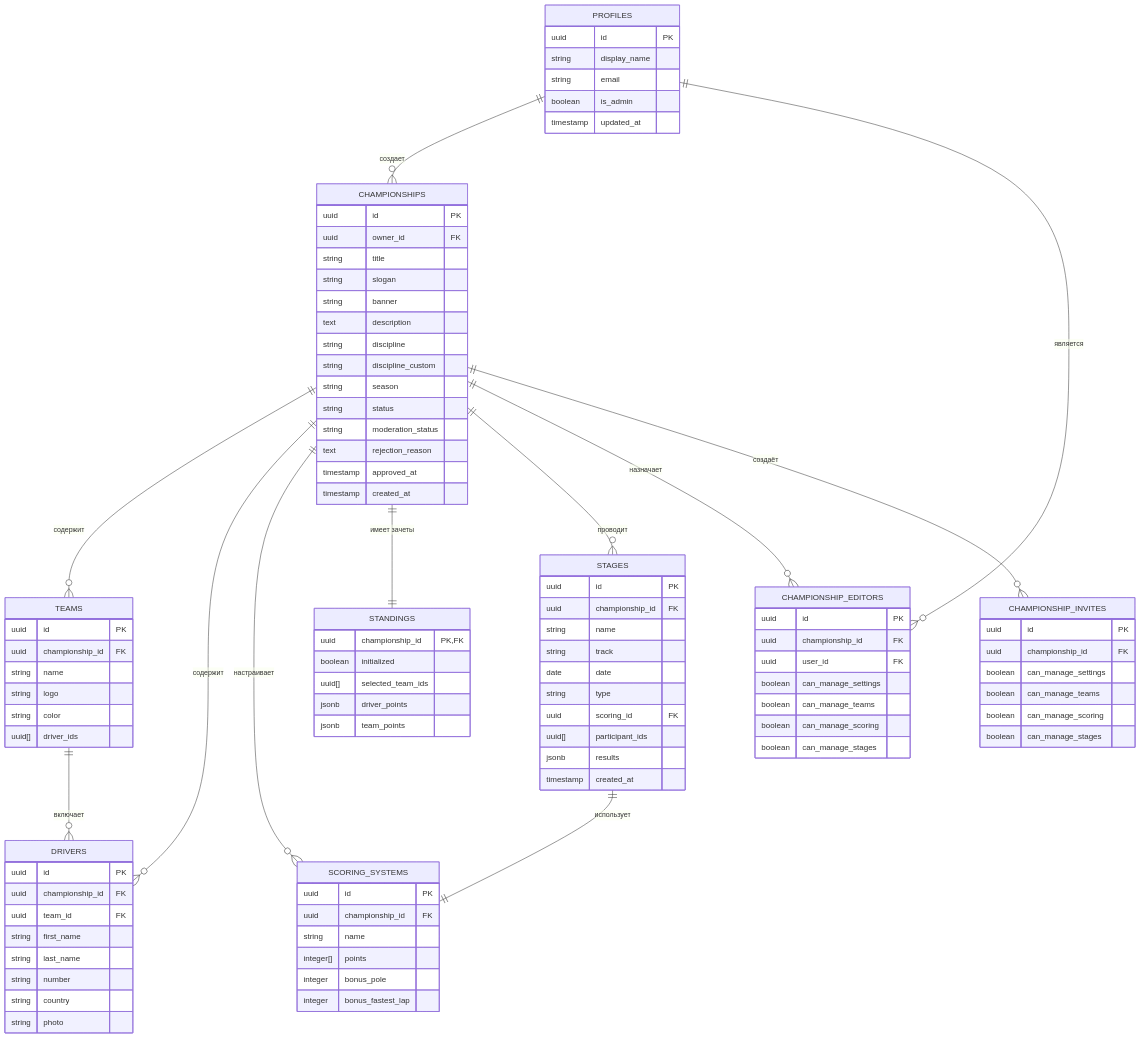
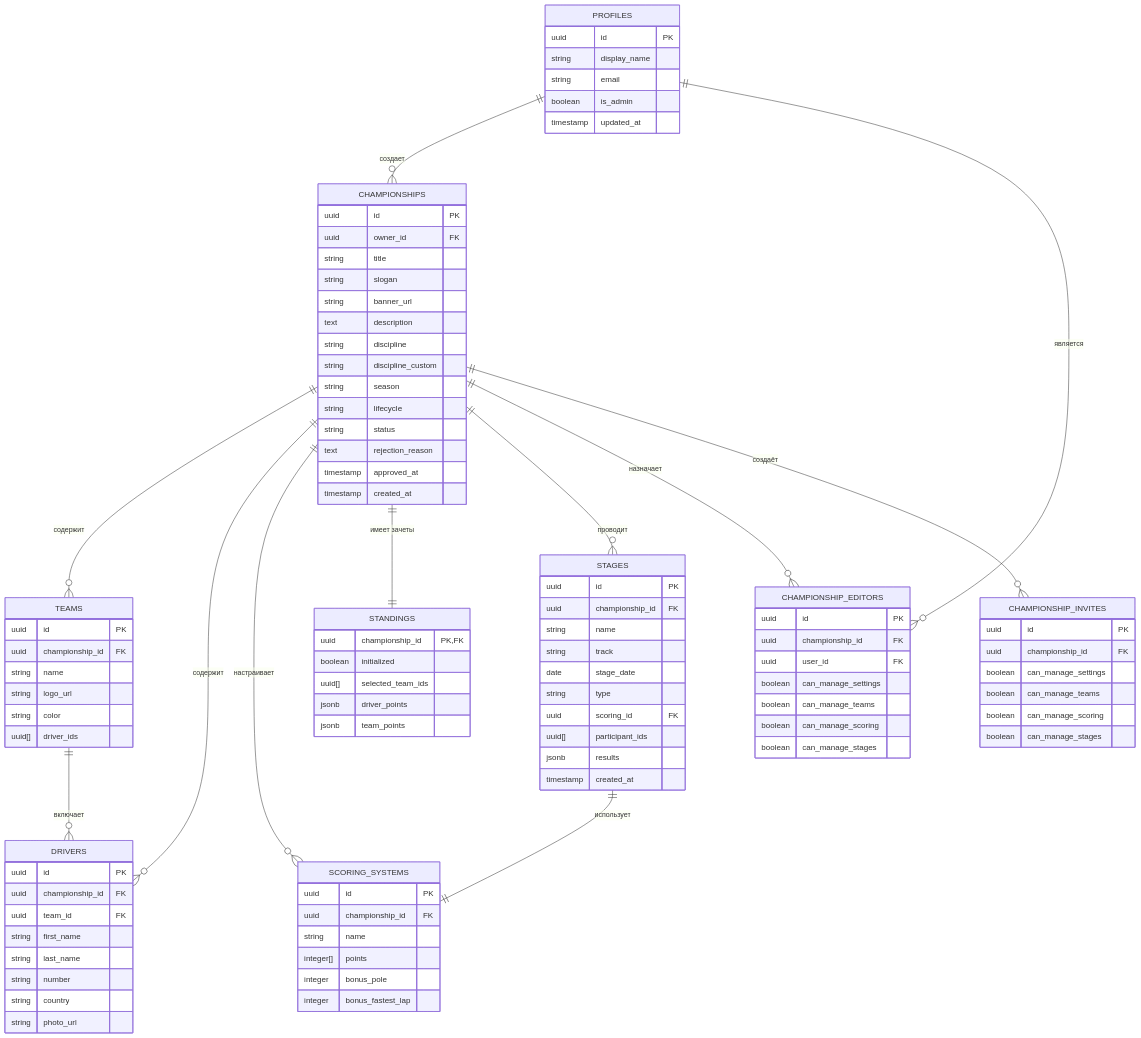
Before and after one commit to lyoshme/lme-race-control: the first of 2 diagrams in project.md, drawn with Mermaid. The commit also changed other lines of this file and 15 other files, not shown here.

````diff
--- a/project.md
+++ b/project.md
@@ -110,13 +152,13 @@
         uuid owner_id FK
         string title
         string slogan
-        string banner
+        string banner_url
         text description
         string discipline
         string discipline_custom
         string season
+        string lifecycle
         string status
-        string moderation_status
         text rejection_reason
         timestamp approved_at
         timestamp created_at
@@ -125,7 +167,7 @@
         uuid id PK
         uuid championship_id FK
         string name
-        string logo
+        string logo_url
         string color
         uuid[] driver_ids
     }
@@ -137,7 +179,7 @@
         string last_name
         string number
         string country
-        string photo
+        string photo_url
     }
     SCORING_SYSTEMS {
         uuid id PK
@@ -159,26 +201,13 @@
         uuid championship_id FK
         string name
         string track
-        date date
+        date stage_date
         string type
         uuid scoring_id FK
         uuid[] participant_ids
         jsonb results
         timestamp created_at
     }
-
-    PROFILES ||--o{ CHAMPIONSHIPS : "создает"
-    CHAMPIONSHIPS ||--o{ TEAMS : "содержит"
-    CHAMPIONSHIPS ||--o{ DRIVERS : "содержит"
-    CHAMPIONSHIPS ||--o{ SCORING_SYSTEMS : "настраивает"
-    CHAMPIONSHIPS ||--|| STANDINGS : "имеет зачеты"
-    CHAMPIONSHIPS ||--o{ STAGES : "проводит"
-    TEAMS ||--o{ DRIVERS : "включает"
-    STAGES ||--|| SCORING_SYSTEMS : "использует"
-    CHAMPIONSHIPS ||--o{ CHAMPIONSHIP_EDITORS : "назначает"
-    PROFILES ||--o{ CHAMPIONSHIP_EDITORS : "является"
-    CHAMPIONSHIPS ||--o{ CHAMPIONSHIP_INVITES : "создаёт"
-
     CHAMPIONSHIP_EDITORS {
         uuid id PK
         uuid championship_id FK
@@ -196,4 +225,16 @@
         boolean can_manage_scoring
         boolean can_manage_stages
     }
+
+    PROFILES ||--o{ CHAMPIONSHIPS : "создает"
+    CHAMPIONSHIPS ||--o{ TEAMS : "содержит"
+    CHAMPIONSHIPS ||--o{ DRIVERS : "содержит"
+    CHAMPIONSHIPS ||--o{ SCORING_SYSTEMS : "настраивает"
+    CHAMPIONSHIPS ||--|| STANDINGS : "имеет зачеты"
+    CHAMPIONSHIPS ||--o{ STAGES : "проводит"
+    TEAMS ||--o{ DRIVERS : "включает"
+    STAGES ||--|| SCORING_SYSTEMS : "использует"
+    CHAMPIONSHIPS ||--o{ CHAMPIONSHIP_EDITORS : "назначает"
+    PROFILES ||--o{ CHAMPIONSHIP_EDITORS : "является"
+    CHAMPIONSHIPS ||--o{ CHAMPIONSHIP_INVITES : "создаёт"
 ```
````
